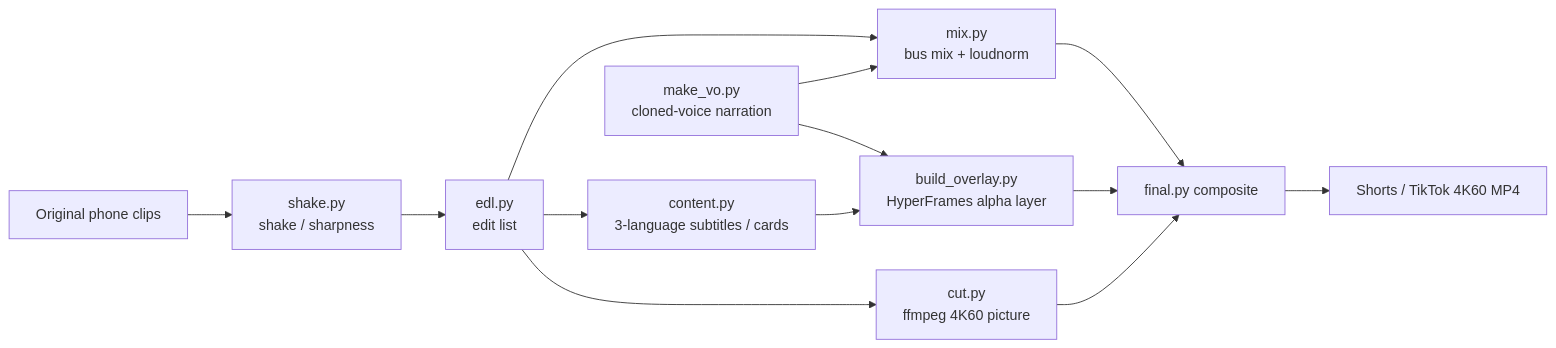
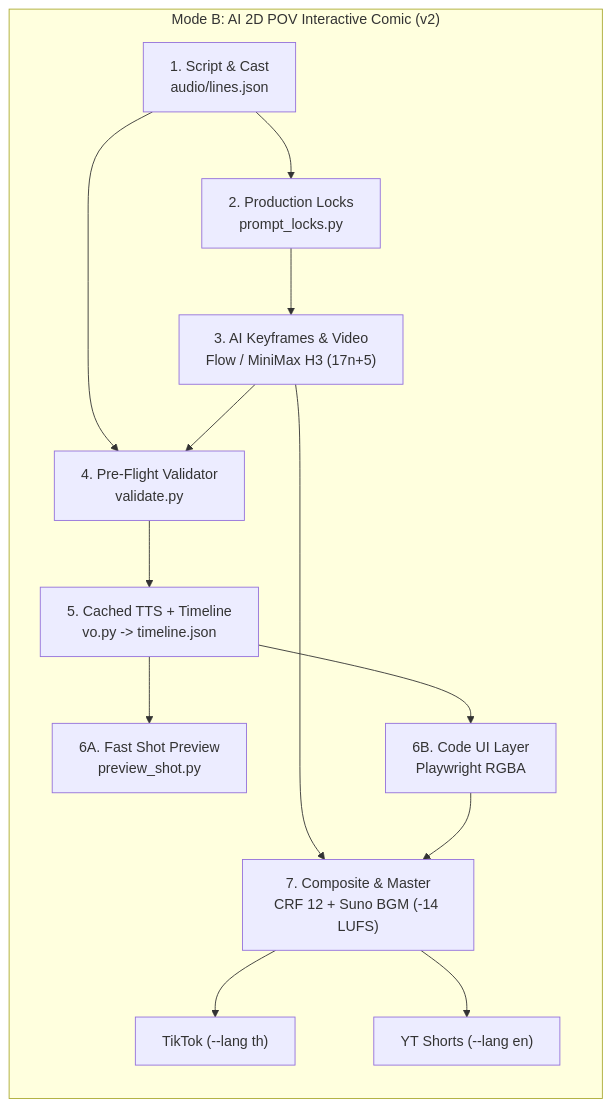
Before and after one commit to lovemage/vlog-shorts-4k60: the diagram in README.en.md, drawn with Mermaid. The commit also changed other lines of this file and 18 other files, not shown here.

Commit message:
feat(v2): add Mode B AI 2D POV interactive comic pipeline, 5-language READMEs, and visual explainers

````diff
--- a/README.en.md
+++ b/README.en.md
@@ -48,15 +51,16 @@
 ```mermaid
 flowchart LR
-  A[Original phone clips] --> B[shake.py<br>shake / sharpness]
-  B --> C[edl.py<br>edit list]
-  C --> D[cut.py<br>ffmpeg 4K60 picture]
-  C --> E[content.py<br>3-language subtitles / cards]
-  E --> F[build_overlay.py<br>HyperFrames alpha layer]
-  C --> G[mix.py<br>bus mix + loudnorm]
-  V[make_vo.py<br>cloned-voice narration] --> F
-  V --> G
-  D --> H[final.py composite]
-  F --> H
-  G --> H
-  H --> I[Shorts / TikTok 4K60 MP4]
+  subgraph ModeB["Mode B: AI 2D POV Interactive Comic (v2)"]
+    B1["1. Script & Cast<br>audio/lines.json"] --> B2["2. Production Locks<br>prompt_locks.py"]
+    B2 --> B3["3. AI Keyframes & Video<br>Flow / MiniMax H3 (17n+5)"]
+    B1 --> B4["4. Pre-Flight Validator<br>validate.py"]
+    B3 --> B4
+    B4 --> B5["5. Cached TTS + Timeline<br>vo.py -> timeline.json"]
+    B5 --> B6A["6A. Fast Shot Preview<br>preview_shot.py"]
+    B5 --> B6B["6B. Code UI Layer<br>Playwright RGBA"]
+    B3 --> B7["7. Composite & Master<br>CRF 12 + Suno BGM (-14 LUFS)"]
+    B6B --> B7
+    B7 --> B8A["TikTok (--lang th)"]
+    B7 --> B8B["YT Shorts (--lang en)"]
+  end
 ```
````
